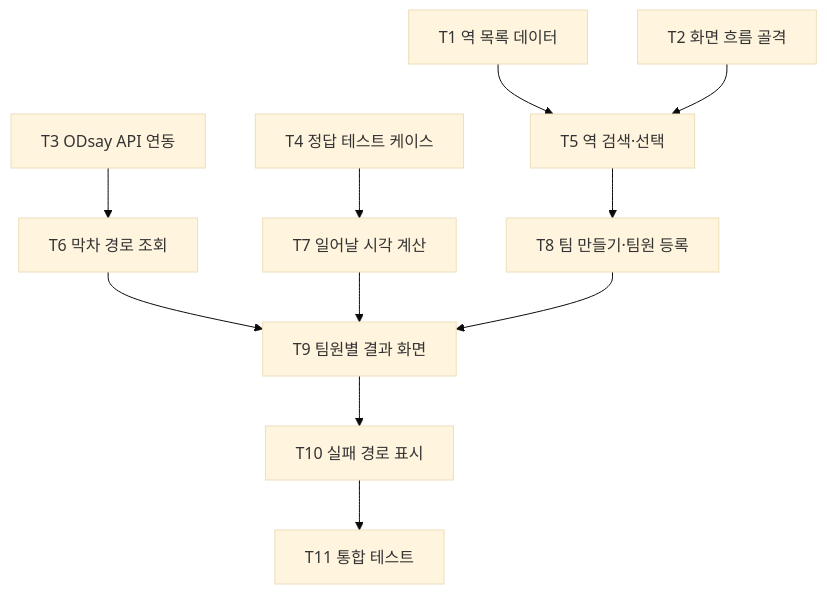
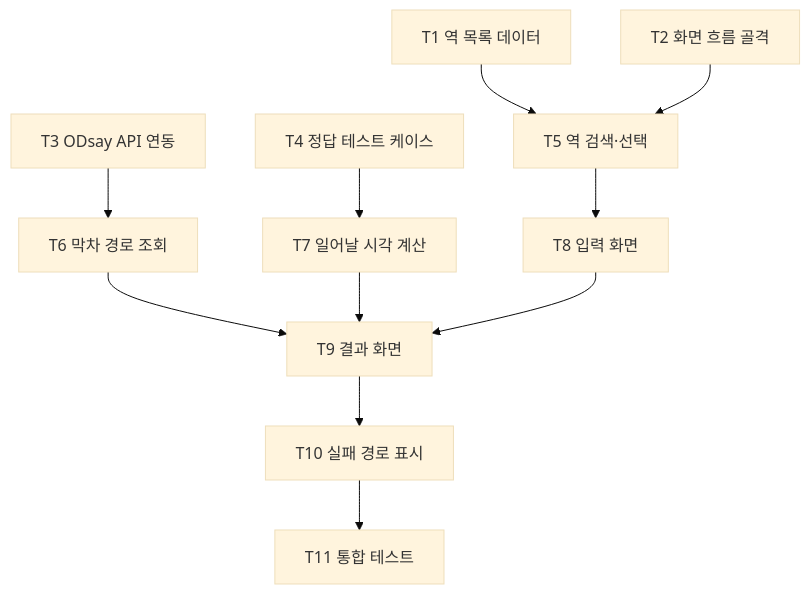
Before and after one commit to phj316/aix-2026f-team07: the diagram in docs/week-05.md, drawn with Mermaid (base theme). The commit also changed other lines of this file, not shown here.

````diff
--- a/docs/week-05.md
+++ b/docs/week-05.md
@@ -51,13 +50,13 @@
 ```mermaid
 graph TD
     T1[T1 역 목록 데이터] --> T5[T5 역 검색·선택]
     T2[T2 화면 흐름 골격] --> T5
-    T5 --> T8[T8 팀 만들기·팀원 등록]
+    T5 --> T8[T8 입력 화면]
     T3[T3 ODsay API 연동] --> T6[T6 막차 경로 조회]
     T4[T4 정답 테스트 케이스] --> T7[T7 일어날 시각 계산]
-    T6 --> T9[T9 팀원별 결과 화면]
+    T6 --> T9[T9 결과 화면]
     T7 --> T9
     T8 --> T9
     T9 --> T10[T10 실패 경로 표시]
     T10 --> T11[T11 통합 테스트]
 ```
````
